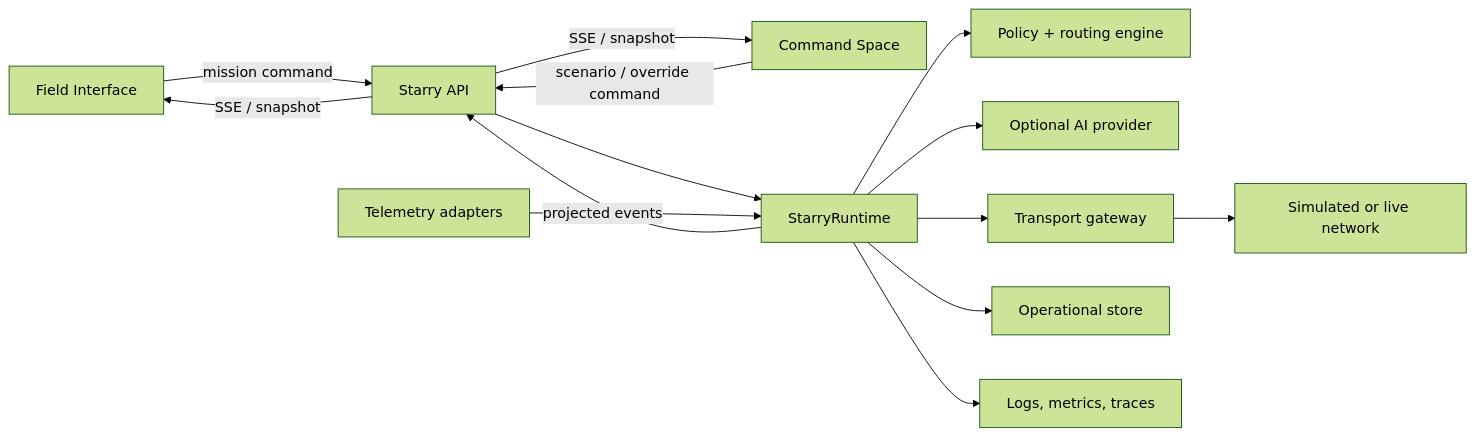
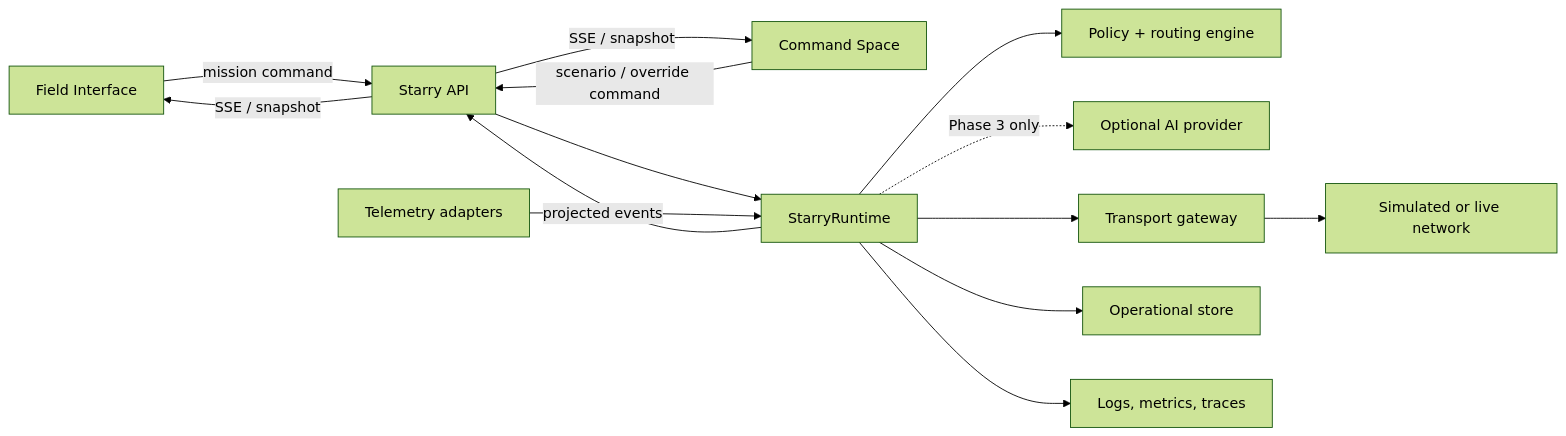
Before and after one commit to Yuz1ove/ARCI-Presidential: the first of 2 diagrams in docs/architecture.md, drawn with Mermaid (forest theme). The commit also changed other lines of this file and 20 other files, not shown here.

````diff
--- a/docs/architecture.md
+++ b/docs/architecture.md
@@ -43,16 +43,16 @@
 ```mermaid
 flowchart LR
   Field["Field Interface"] -->|"mission command"| API["Starry API"]
   Command["Command Space"] -->|"scenario / override command"| API
   API --> Runtime["StarryRuntime"]
   Sensors["Telemetry adapters"] --> Runtime
   Runtime --> Policy["Policy + routing engine"]
-  Runtime --> Provider["Optional AI provider"]
+  Runtime -. "Phase 3 only" .-> Provider["Optional AI provider"]
   Runtime --> Transport["Transport gateway"]
   Transport --> Network["Simulated or live network"]
   Runtime --> Store["Operational store"]
   Runtime --> Telemetry["Logs, metrics, traces"]
   Runtime -->|"projected events"| API
   API -->|"SSE / snapshot"| Field
   API -->|"SSE / snapshot"| Command
 ```
````
